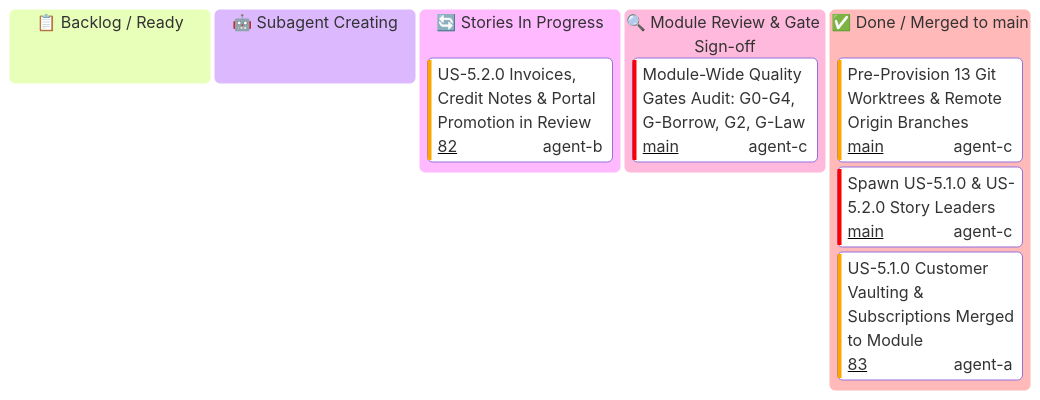
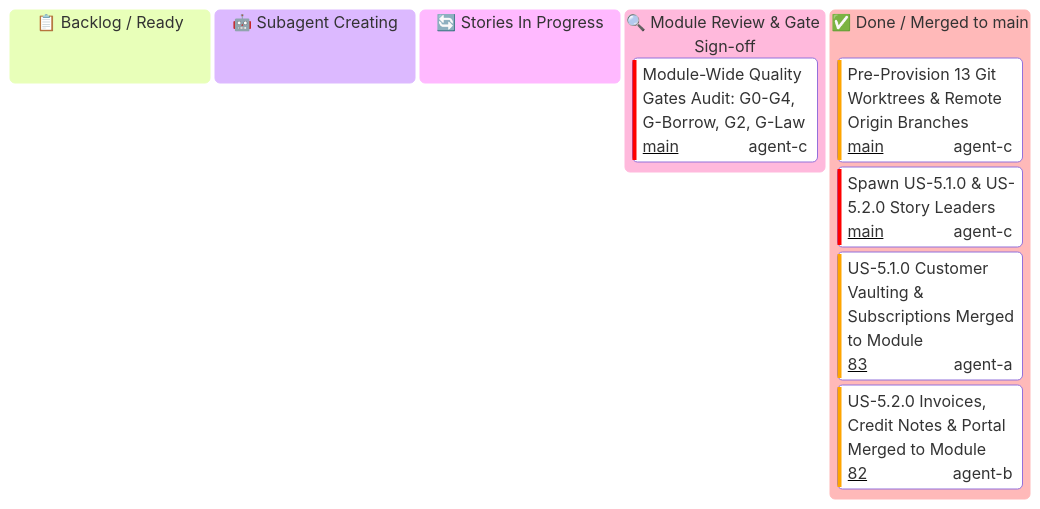
The first of 3 diagrams in docs/user-stories/module-5-customers-and-billing/KANBAN.md (some-of-cs/some-stripe), drawn with Mermaid before and after one commit. The commit also changed other lines of this file and 1 other file, not shown here.

Commit message:
docs(us-5.2.0): mark story promotion PR #82 as merged in kanban

````diff
--- a/docs/user-stories/module-5-customers-and-billing/KANBAN.md
+++ b/docs/user-stories/module-5-customers-and-billing/KANBAN.md
@@ -24,18 +24,18 @@
 ```mermaid
 ---
 config:
   kanban:
     ticketBaseUrl: 'https://github.com/some-of-cs/some-stripe/pull/#TICKET#'
 ---
 kanban
   todo[📋 Backlog / Ready]
   spawning[🤖 Subagent Creating]
   in_progress[🔄 Stories In Progress]
-    m5_s52_progress[US-5.2.0 Invoices, Credit Notes & Portal Promotion in Review]@{ ticket: '82', assigned: 'agent-b', priority: 'High' }
   review[🔍 Module Review & Gate Sign-off]
     m5_gates[Module-Wide Quality Gates Audit: G0-G4, G-Borrow, G2, G-Law]@{ ticket: 'main', assigned: 'agent-c', priority: 'Very High' }
   done[✅ Done / Merged to main]
     m5_setup[Pre-Provision 13 Git Worktrees & Remote Origin Branches]@{ ticket: 'main', assigned: 'agent-c', priority: 'High' }
     m5_spawn_stories[Spawn US-5.1.0 & US-5.2.0 Story Leaders]@{ ticket: 'main', assigned: 'agent-c', priority: 'Very High' }
     m5_s51_done[US-5.1.0 Customer Vaulting & Subscriptions Merged to Module]@{ ticket: '83', assigned: 'agent-a', priority: 'High' }
+    m5_s52_done[US-5.2.0 Invoices, Credit Notes & Portal Merged to Module]@{ ticket: '82', assigned: 'agent-b', priority: 'High' }
 ```
````
